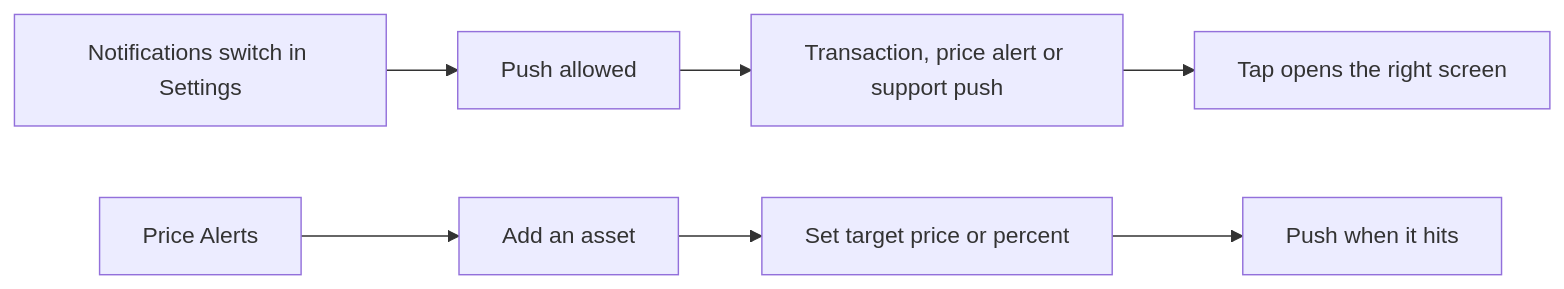
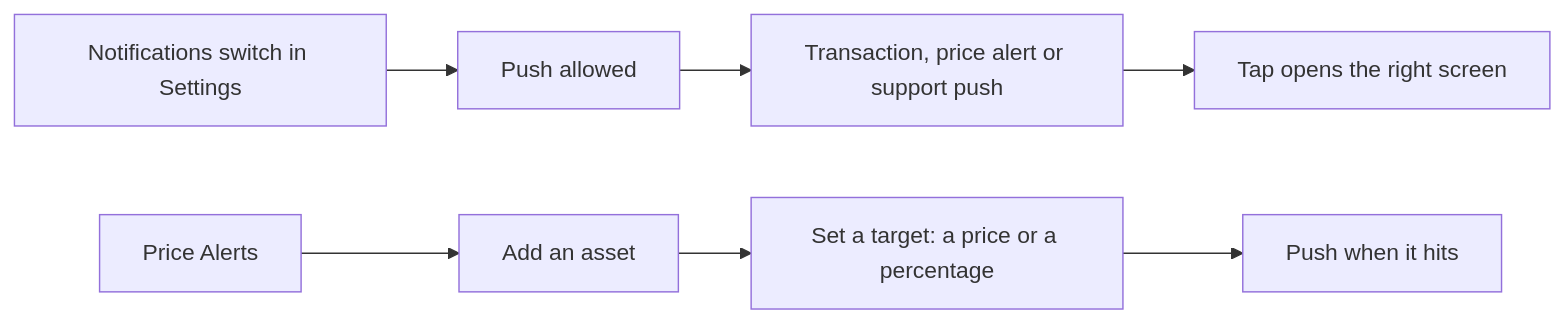
Before and after one commit to gemwalletcom/wallet: the diagram in docs/product/notifications.md, drawn with Mermaid. The commit also changed other lines of this file and 1 other file, not shown here.

Commit message:
Correct the price alert target and drop the in-app notifications story

````diff
--- a/docs/product/notifications.md
+++ b/docs/product/notifications.md
@@ -5,5 +5,5 @@
 ```mermaid
 flowchart LR
     A[Notifications switch in Settings] --> B[Push allowed] --> C[Transaction, price alert or support push] --> D[Tap opens the right screen]
-    E[Price Alerts] --> F[Add an asset] --> G[Set target price or percent] --> H[Push when it hits]
+    E[Price Alerts] --> F[Add an asset] --> G[Set a target: a price or a percentage] --> H[Push when it hits]
 ```
````
